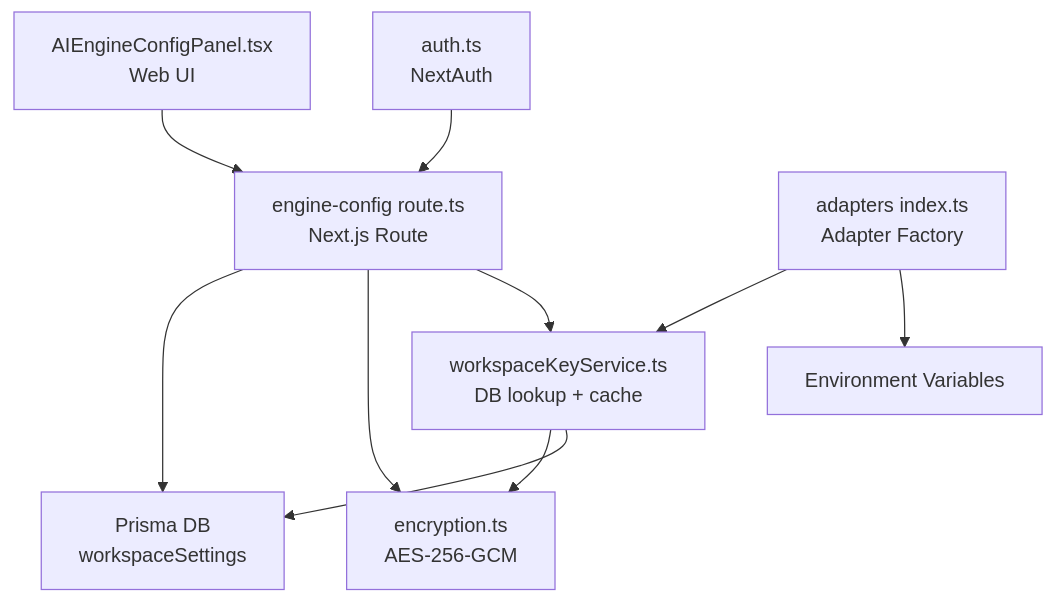
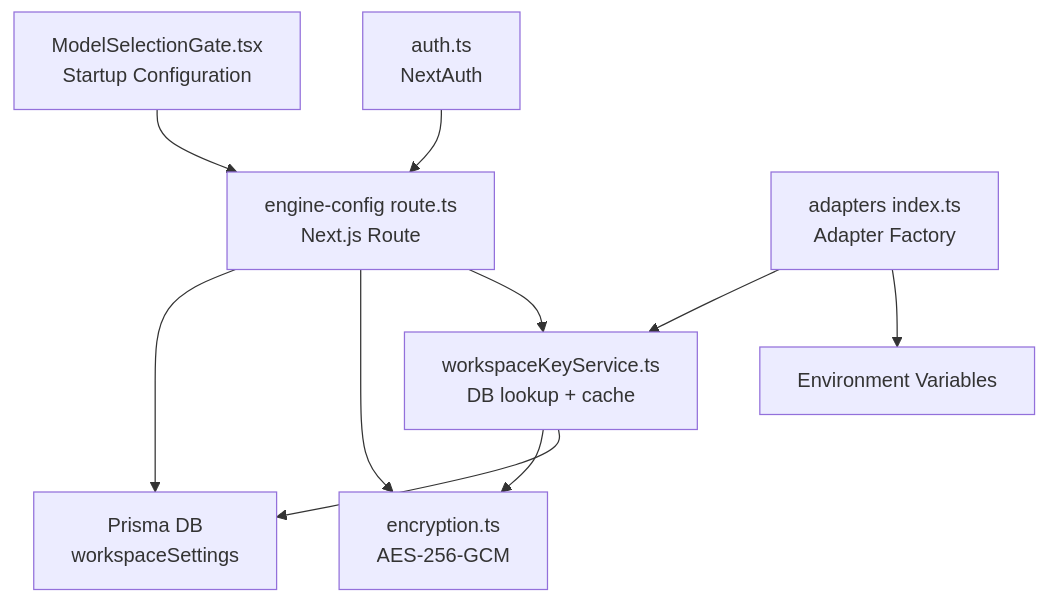
One commit to shekhargiri005-dotcom/AI-powered-accessibility-first-UI-engine changed the first of 8 diagrams in .qoder/repowiki/en/content/AI Generation Engine/AI Provider Adapters/Configuration & Authentication Management.md. Above: the diagram before and after it, drawn with Mermaid. The commit also changed other lines of this file and 10 other files, not shown here.

````diff
--- a/.qoder/repowiki/en/content/AI Generation Engine/AI Provider Adapters/Configuration & Authentication Management.md
+++ b/.qoder/repowiki/en/content/AI Generation Engine/AI Provider Adapters/Configuration & Authentication Management.md
@@ -36,12 +46,12 @@
 ```mermaid
 graph TB
-UI["AIEngineConfigPanel.tsx<br/>Web UI"] --> API["engine-config route.ts<br/>Next.js Route"]
+UI["ModelSelectionGate.tsx<br/>Startup Configuration"] --> API["engine-config route.ts<br/>Next.js Route"]
 API --> DB["Prisma DB<br/>workspaceSettings"]
 API --> ENC["encryption.ts<br/>AES-256-GCM"]
 API --> WKS["workspaceKeyService.ts<br/>DB lookup + cache"]
 WKS --> ENC
 WKS --> DB
 ADP["adapters index.ts<br/>Adapter Factory"] --> WKS
 ADP --> ENV["Environment Variables"]
 AUTH["auth.ts<br/>NextAuth"] --> API
 ```
````
